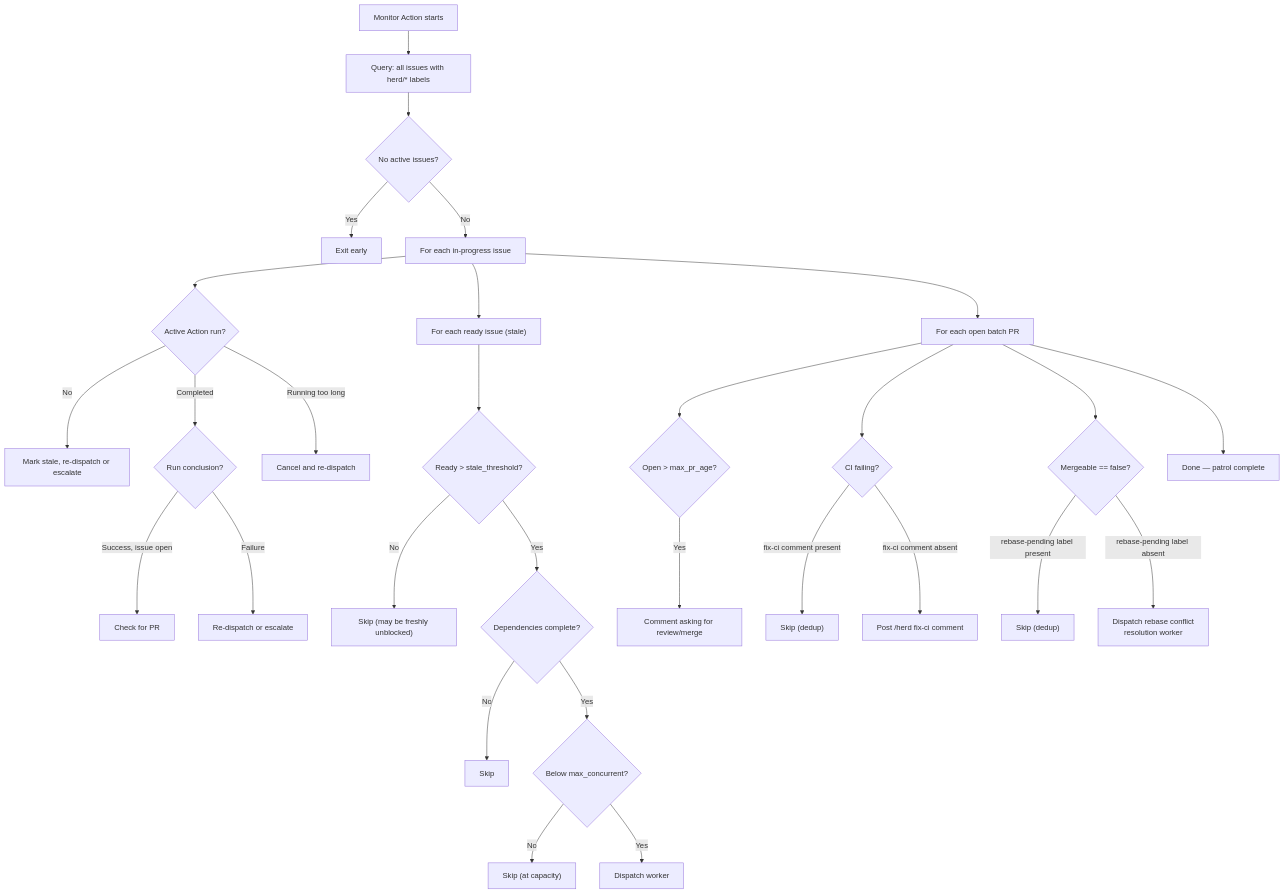
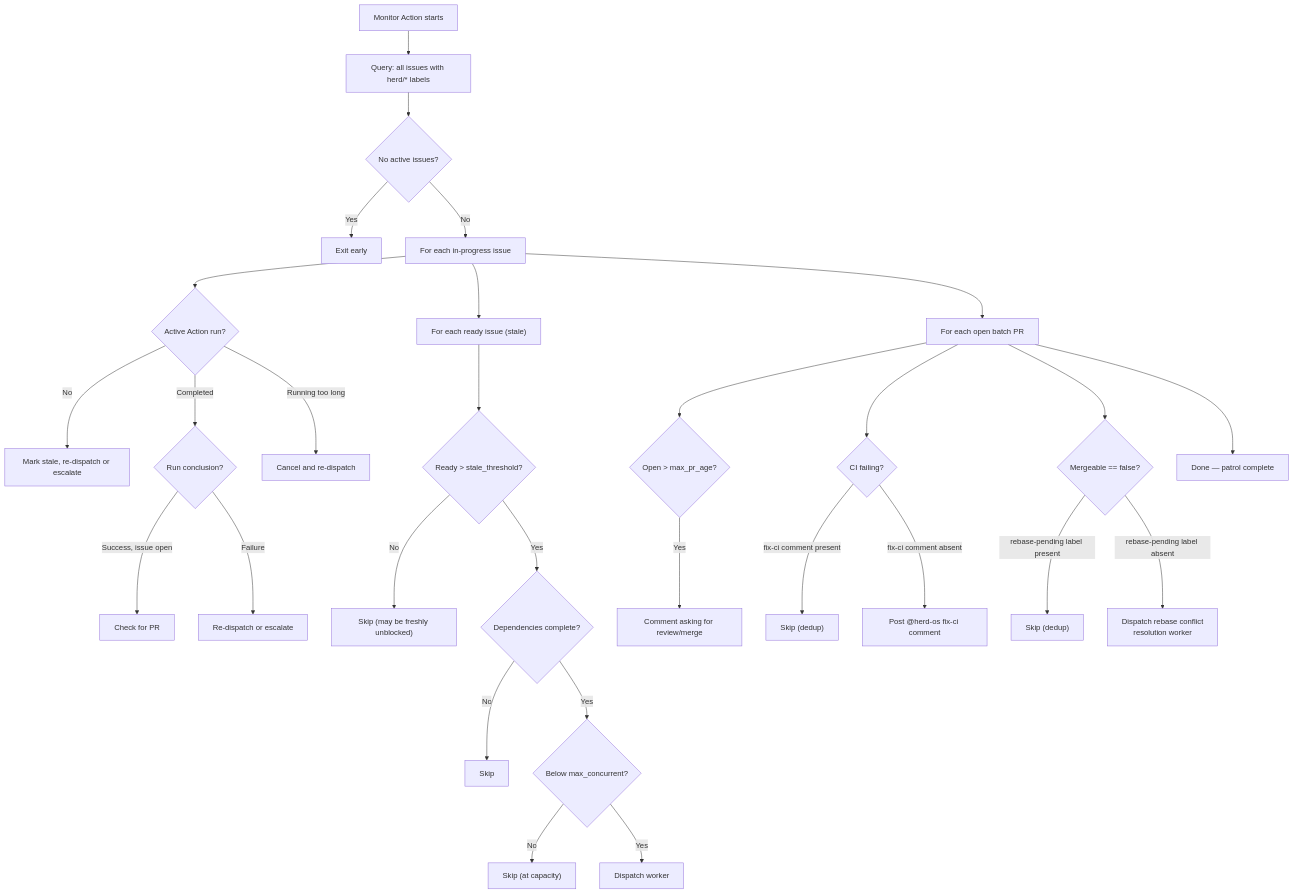
The seventh of 11 diagrams in docs/design/execution.md (Herd-OS/herd), drawn with Mermaid before and after one commit. The commit also changed other lines of this file and 12 other files, not shown here.

````diff
--- a/docs/design/execution.md
+++ b/docs/design/execution.md
@@ -801,36 +801,36 @@
 ```mermaid
 graph TD
     A["Monitor Action starts"] --> B["Query: all issues with herd/* labels"]
     B --> C{"No active issues?"}
     C -->|Yes| EXIT["Exit early"]
     C -->|No| D["For each in-progress issue"]
 
     D --> D1{"Active Action run?"}
     D1 -->|No| D1a["Mark stale, re-dispatch or escalate"]
     D1 -->|Completed| D2{"Run conclusion?"}
     D2 -->|Success, issue open| D2a["Check for PR"]
     D2 -->|Failure| D2b["Re-dispatch or escalate"]
     D1 -->|Running too long| D3["Cancel and re-dispatch"]
 
     D --> D4["For each ready issue (stale)"]
     D4 --> D4a{"Ready > stale_threshold?"}
     D4a -->|No| D4b["Skip (may be freshly unblocked)"]
     D4a -->|Yes| D4c{"Dependencies complete?"}
     D4c -->|No| D4d["Skip"]
     D4c -->|Yes| D4e{"Below max_concurrent?"}
     D4e -->|No| D4f["Skip (at capacity)"]
     D4e -->|Yes| D4g["Dispatch worker"]
 
     D --> E["For each open batch PR"]
     E --> E1{"Open > max_pr_age?"}
     E1 -->|Yes| E1a["Comment asking for review/merge"]
     E --> E2{"CI failing?"}
     E2 -->|fix-ci comment present| E2a["Skip (dedup)"]
-    E2 -->|fix-ci comment absent| E2b["Post /herd fix-ci comment"]
+    E2 -->|fix-ci comment absent| E2b["Post @herd-os fix-ci comment"]
 
     E --> E3{"Mergeable == false?"}
     E3 -->|rebase-pending label present| E3a["Skip (dedup)"]
     E3 -->|rebase-pending label absent| E3b["Dispatch rebase conflict<br>resolution worker"]
 
     E --> F["Done — patrol complete"]
 ```
````
